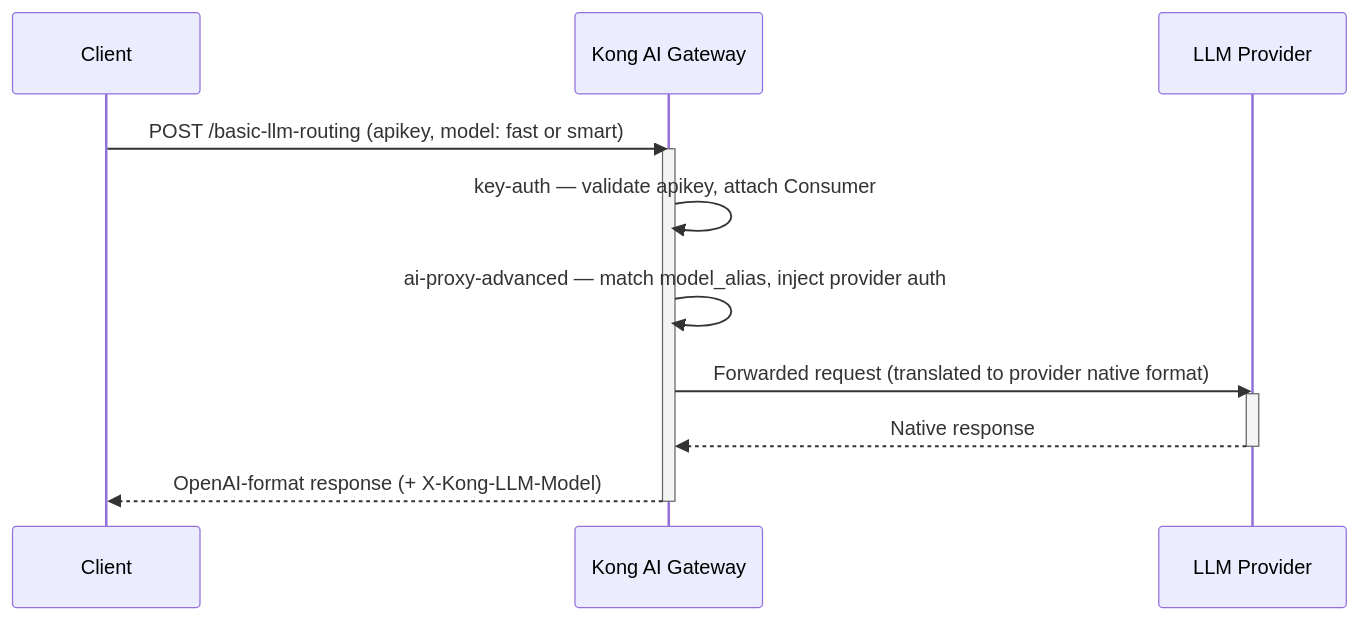
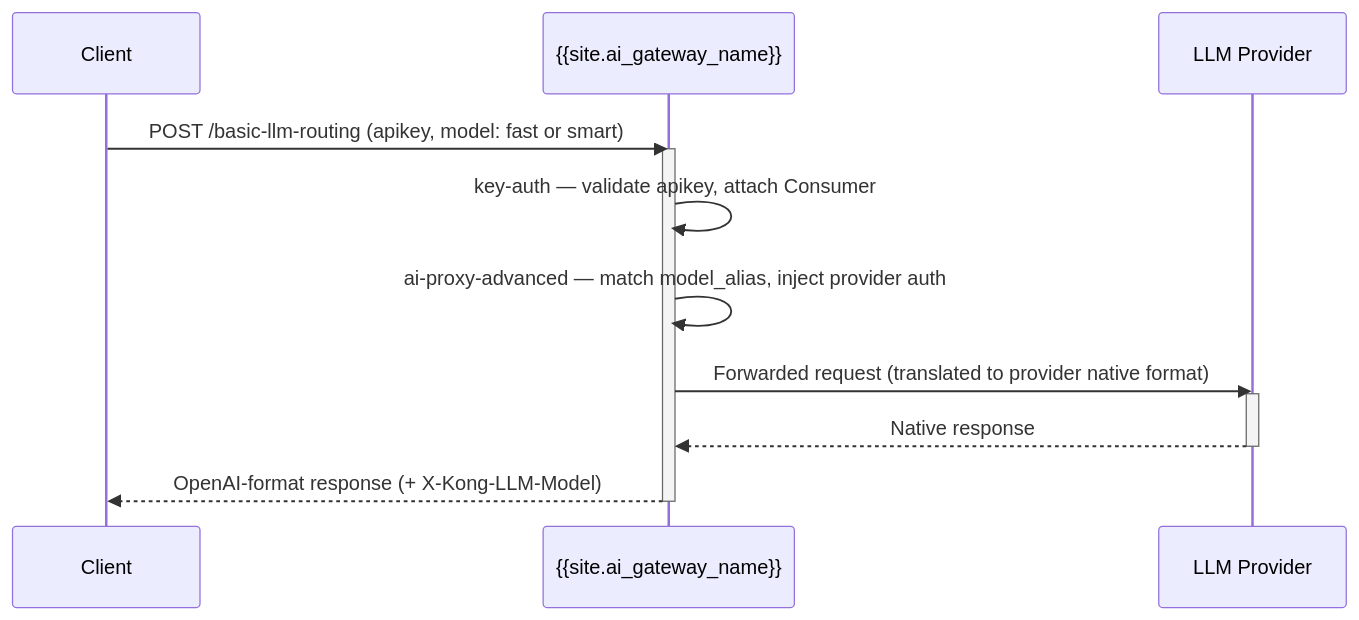
One commit to Kong/developer.konghq.com changed the diagram in app/_cookbooks/basic-llm-routing.md. Above: the diagram before and after it, drawn with Mermaid. The commit also changed other lines of this file and 7 other files, not shown here.

```diff
--- a/app/_cookbooks/basic-llm-routing.md
+++ b/app/_cookbooks/basic-llm-routing.md
@@ -203,17 +203,17 @@
 {% mermaid %}
 sequenceDiagram
     participant C as Client
-    participant K as Kong AI Gateway
+    participant K as {{site.ai_gateway_name}}
     participant L as LLM Provider
 
     C->>K: POST /basic-llm-routing (apikey, model: fast or smart)
     activate K
     K->>K: key-auth — validate apikey, attach Consumer
     K->>K: ai-proxy-advanced — match model_alias, inject provider auth
     K->>L: Forwarded request (translated to provider native format)
     activate L
     L-->>K: Native response
     deactivate L
     K-->>C: OpenAI-format response (+ X-Kong-LLM-Model)
     deactivate K
 {% endmermaid %}
```
